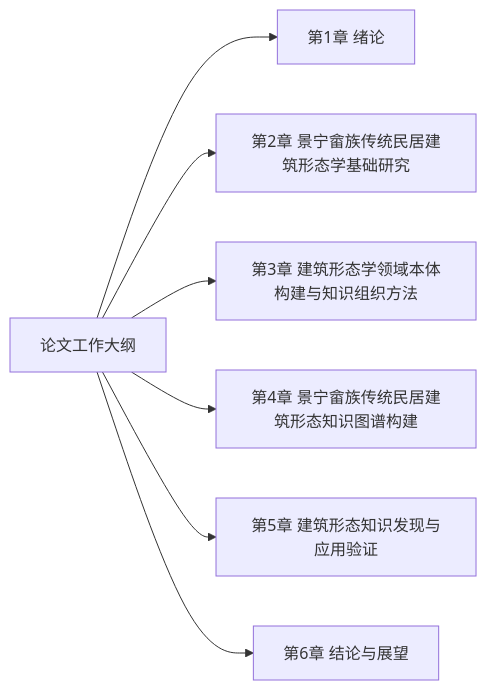
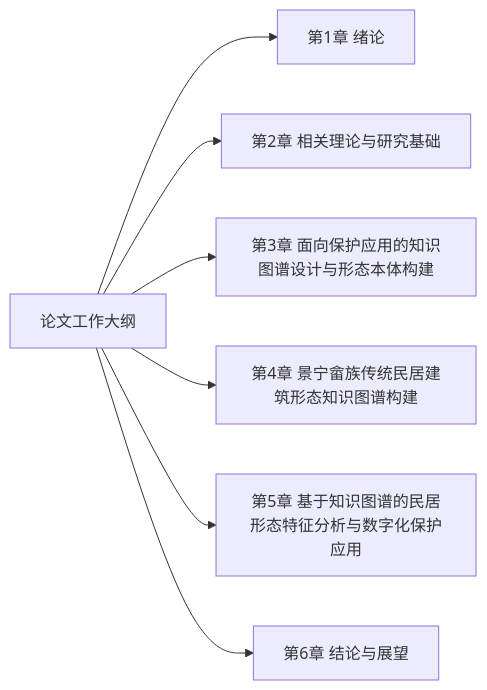
One commit to WYLINX601/Linx_paper changed the diagram in 论文章节/现行大纲.md. Above: the diagram before and after it, drawn with Mermaid. The commit also changed other lines of this file and 35 other files, not shown here.

````diff
--- a/论文章节/现行大纲.md
+++ b/论文章节/现行大纲.md
@@ -18,16 +18,16 @@
 ```mermaid
 flowchart LR
   outline-root["论文工作大纲"]
   chapter-1["第1章 绪论"]
   outline-root --> chapter-1
-  chapter-2["第2章 景宁畲族传统民居建筑形态学基础研究"]
+  chapter-2["第2章 相关理论与研究基础"]
   outline-root --> chapter-2
-  chapter-3["第3章 建筑形态学领域本体构建与知识组织方法"]
+  chapter-3["第3章 面向保护应用的知识图谱设计与形态本体构建"]
   outline-root --> chapter-3
   chapter-4["第4章 景宁畲族传统民居建筑形态知识图谱构建"]
   outline-root --> chapter-4
-  chapter-5["第5章 建筑形态知识发现与应用验证"]
+  chapter-5["第5章 基于知识图谱的民居形态特征分析与数字化保护应用"]
   outline-root --> chapter-5
   chapter-6["第6章 结论与展望"]
   outline-root --> chapter-6
 ```
````
